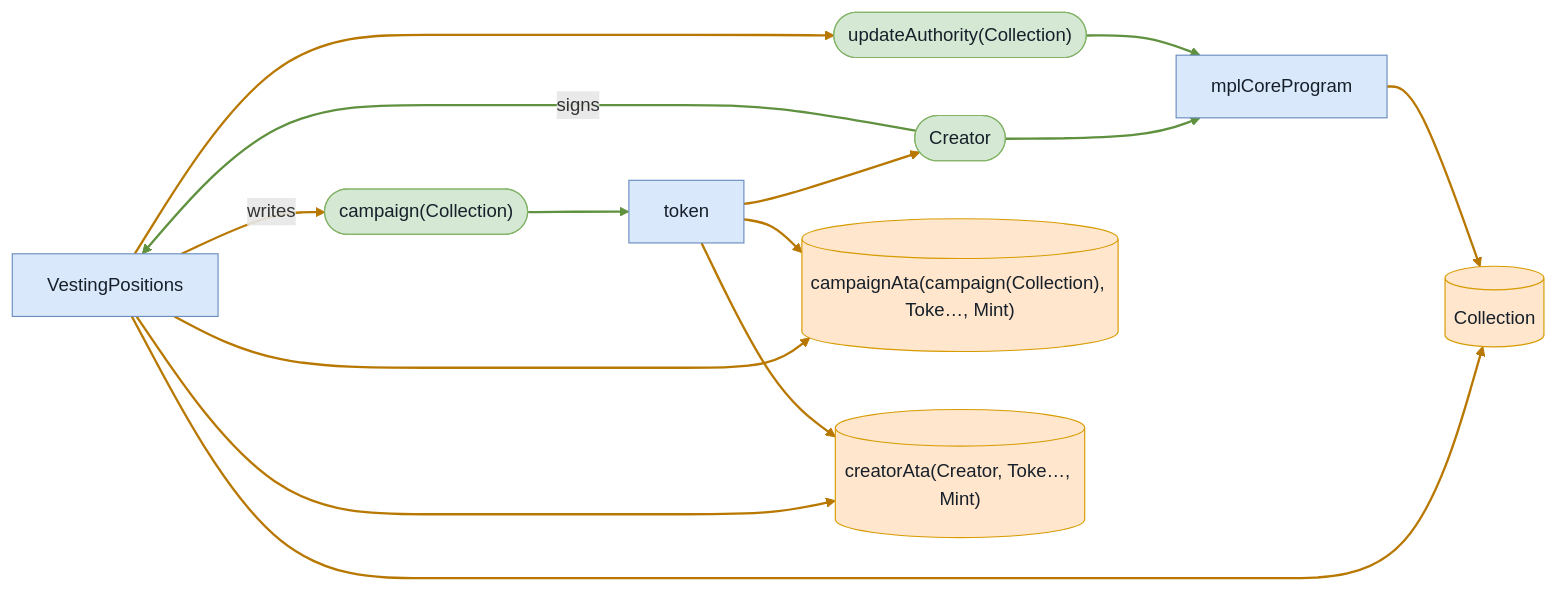
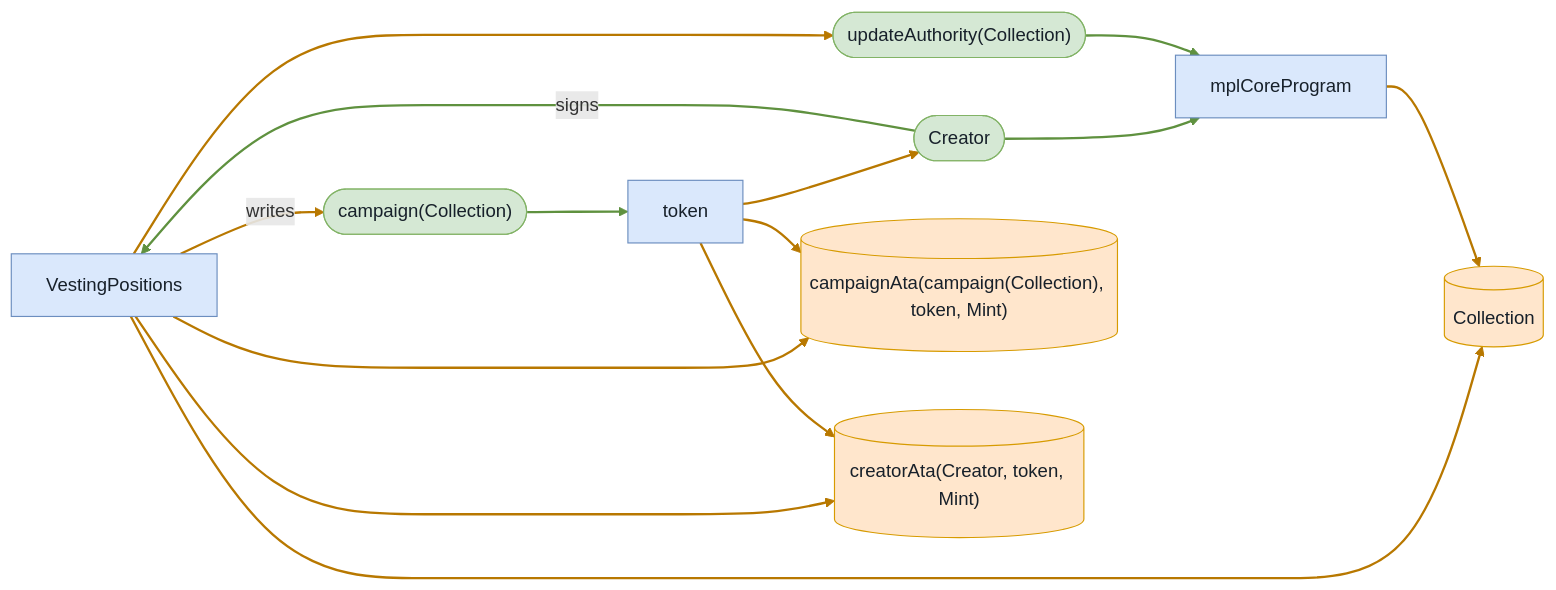
The fifth of 6 diagrams in babelfish-tests/test-report/cancel_campaign_returns_deposit_and_closes_accounts.md (cds-turbin3/vesting-position), drawn with Mermaid before and after one commit. The commit also changed other lines of this file and 104 other files, not shown here.

````diff
--- a/babelfish-tests/test-report/cancel_campaign_returns_deposit_and_closes_accounts.md
+++ b/babelfish-tests/test-report/cancel_campaign_returns_deposit_and_closes_accounts.md
@@ -230,30 +230,30 @@
 ```mermaid
 flowchart LR
     VestingPositions["VestingPositions"]:::program
     Creator(["Creator"]):::signer
     campaignCollection(["campaign(Collection)"]):::signer
     Collection[("Collection")]:::state
     updateAuthorityCollection(["updateAuthority(Collection)"]):::signer
-    campaignAtacampaignCollectionTokeMint[("campaignAta(campaign(Collection), Toke…, Mint)")]:::state
-    creatorAtaCreatorTokeMint[("creatorAta(Creator, Toke…, Mint)")]:::state
+    campaignAtacampaignCollectiontokenMint[("campaignAta(campaign(Collection), token, Mint)")]:::state
+    creatorAtaCreatortokenMint[("creatorAta(Creator, token, Mint)")]:::state
     token["token"]:::program
     mplCoreProgram["mplCoreProgram"]:::program
     Creator -->|signs| VestingPositions
     VestingPositions -->|writes| campaignCollection
     VestingPositions --> Collection
     VestingPositions --> updateAuthorityCollection
-    VestingPositions --> campaignAtacampaignCollectionTokeMint
-    VestingPositions --> creatorAtaCreatorTokeMint
-    token --> campaignAtacampaignCollectionTokeMint
-    token --> creatorAtaCreatorTokeMint
+    VestingPositions --> campaignAtacampaignCollectiontokenMint
+    VestingPositions --> creatorAtaCreatortokenMint
+    token --> campaignAtacampaignCollectiontokenMint
+    token --> creatorAtaCreatortokenMint
     campaignCollection --> token
     token --> Creator
     mplCoreProgram --> Collection
     Creator --> mplCoreProgram
     updateAuthorityCollection --> mplCoreProgram
     classDef program fill:#dae8fc,stroke:#6c8ebf,color:#17202a;
     classDef signer fill:#d5e8d4,stroke:#82b366,color:#17202a;
     classDef state fill:#ffe6cc,stroke:#d79b00,color:#17202a;
     linkStyle 0,8,11,12 stroke:#5f913f,stroke-width:2px
     linkStyle 1,2,3,4,5,6,7,9,10 stroke:#b87800,stroke-width:2px
 ```
````
